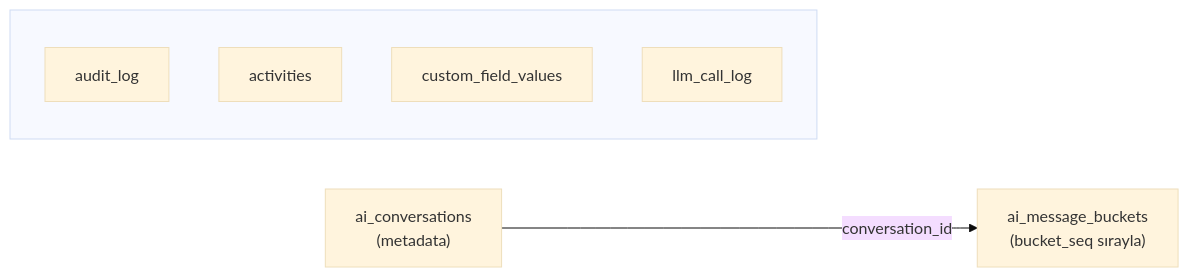
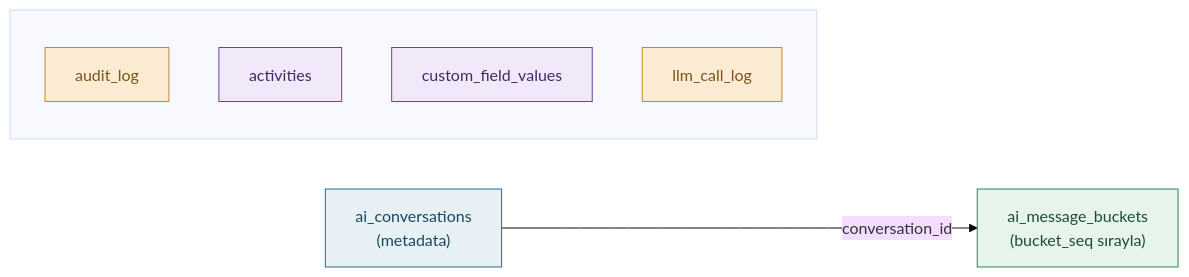
Before and after one commit to yusufkrnz/databaseschema: the third of 3 diagrams in docs/relationships.md, drawn with Mermaid (base theme). The commit also changed 3 other files, not shown here.

First line of the commit message:
Add colored diagrams: DBML TableGroups for Postgres, matching Mermaid palette for Mongo

````diff
--- a/docs/relationships.md
+++ b/docs/relationships.md
@@ -84,12 +84,17 @@
 ```mermaid
 flowchart LR
-  AC["ai_conversations\n(metadata)"] -- "conversation_id" --> AMB["ai_message_buckets\n(bucket_seq sırayla)"]
+  classDef reference fill:#E7F0F5,stroke:#28688d,color:#1a4760
+  classDef embed fill:#E6F4EB,stroke:#2a8355,color:#1a4d33
+  classDef append fill:#FBEBD3,stroke:#c08a2e,color:#7a5418
+  classDef coexist fill:#F1E9FA,stroke:#6b3fa0,color:#442868
+
+  AC["ai_conversations\n(metadata)"]:::reference -- "conversation_id" --> AMB["ai_message_buckets\n(bucket_seq sırayla)"]:::embed
 
   subgraph independent[" "]
     direction TB
-    AL["audit_log"]
-    ACT["activities"]
-    CFV["custom_field_values"]
-    LCL["llm_call_log"]
+    AL["audit_log"]:::append
+    ACT["activities"]:::coexist
+    CFV["custom_field_values"]:::coexist
+    LCL["llm_call_log"]:::append
   end
 ```
````
